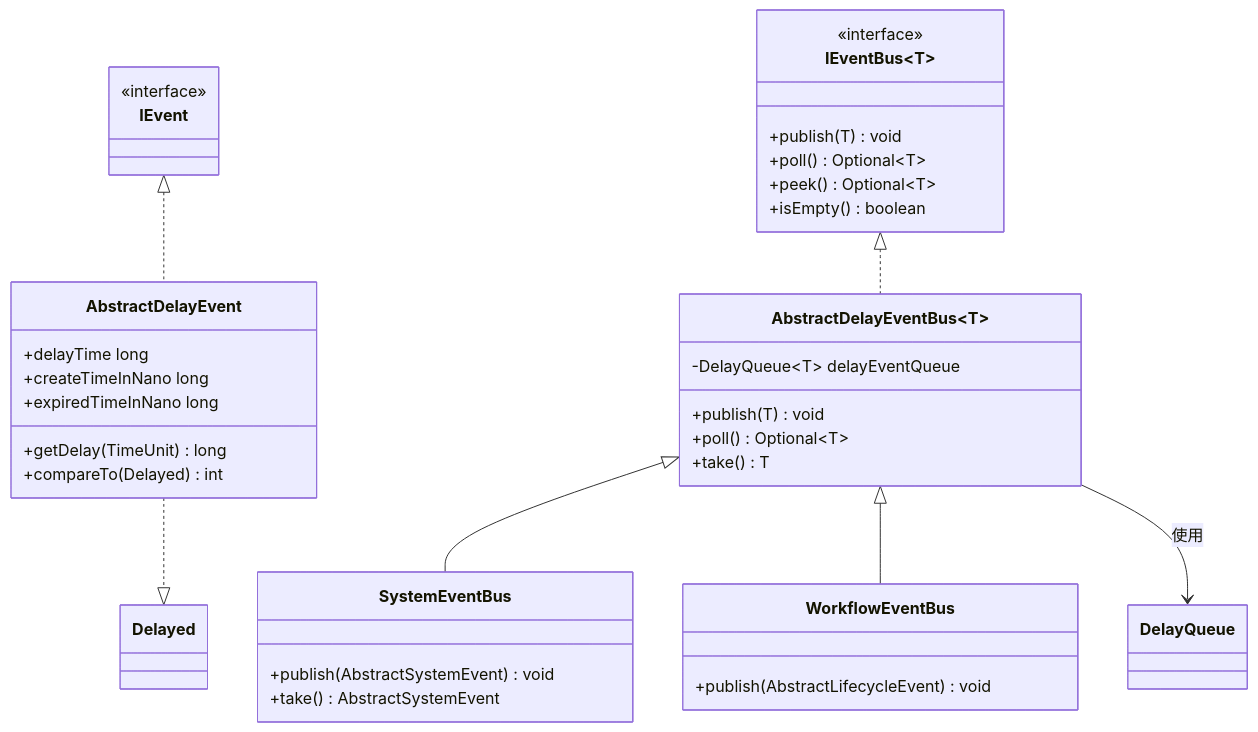
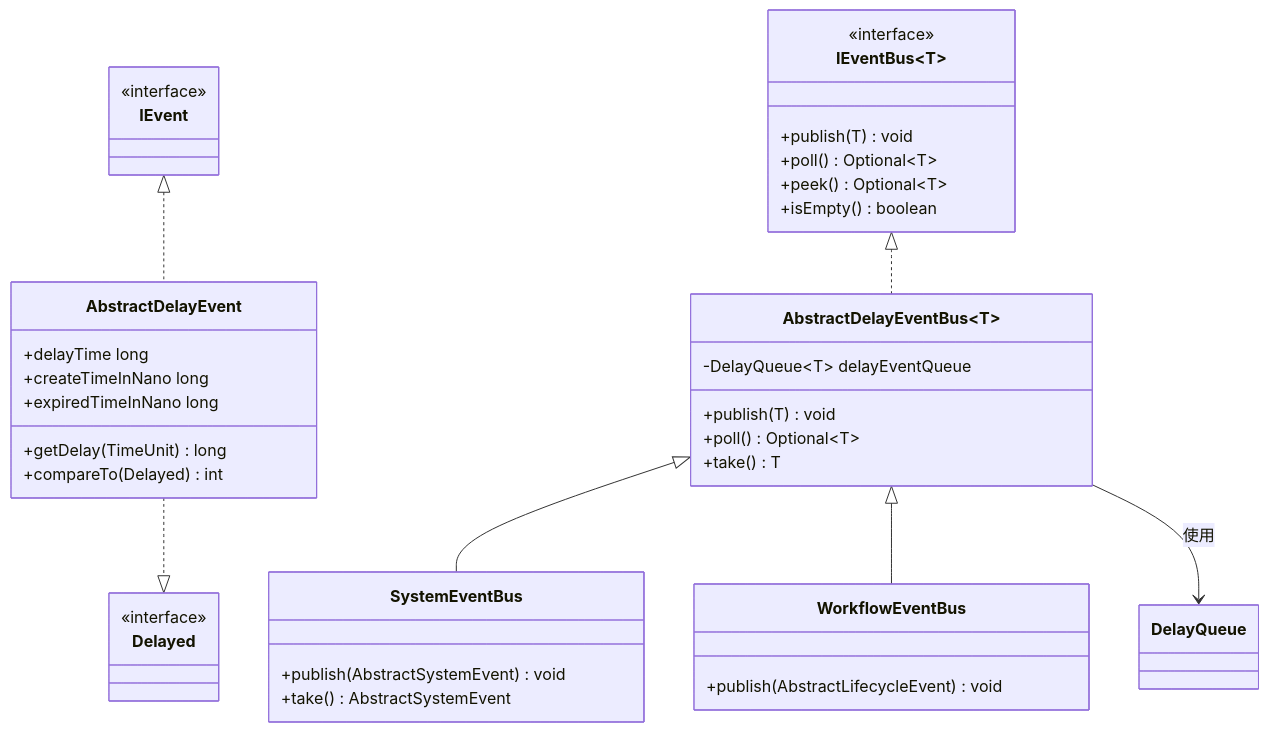
The eighth of 19 diagrams in dolphinscheduler-master/analyze/failover-analysis.md (vanchan5/dolphinscheduler), drawn with Mermaid before and after one commit. The commit also changed other lines of this file and 3 other files, not shown here.

````diff
--- a/dolphinscheduler-master/analyze/failover-analysis.md
+++ b/dolphinscheduler-master/analyze/failover-analysis.md
@@ -407,45 +555,49 @@
 ```mermaid
 classDiagram
     class IEvent {
         <<interface>>
     }
     
     class IEventBus~T~ {
         <<interface>>
         +publish(T) void
         +poll() Optional~T~
         +peek() Optional~T~
         +isEmpty() boolean
     }
     
     class AbstractDelayEvent {
         +delayTime long
         +createTimeInNano long
         +expiredTimeInNano long
         +getDelay(TimeUnit) long
         +compareTo(Delayed) int
     }
     
     class AbstractDelayEventBus~T~ {
         -DelayQueue~T~ delayEventQueue
         +publish(T) void
         +poll() Optional~T~
         +take() T
     }
     
     class SystemEventBus {
         +publish(AbstractSystemEvent) void
         +take() AbstractSystemEvent
     }
     
     class WorkflowEventBus {
         +publish(AbstractLifecycleEvent) void
     }
     
+    class Delayed {
+        <<interface>>
+    }
+    
     IEvent <|.. AbstractDelayEvent
     AbstractDelayEvent ..|> Delayed
     IEventBus <|.. AbstractDelayEventBus
     AbstractDelayEventBus <|-- SystemEventBus
     AbstractDelayEventBus <|-- WorkflowEventBus
     AbstractDelayEventBus --> DelayQueue : 使用
 ```
````
